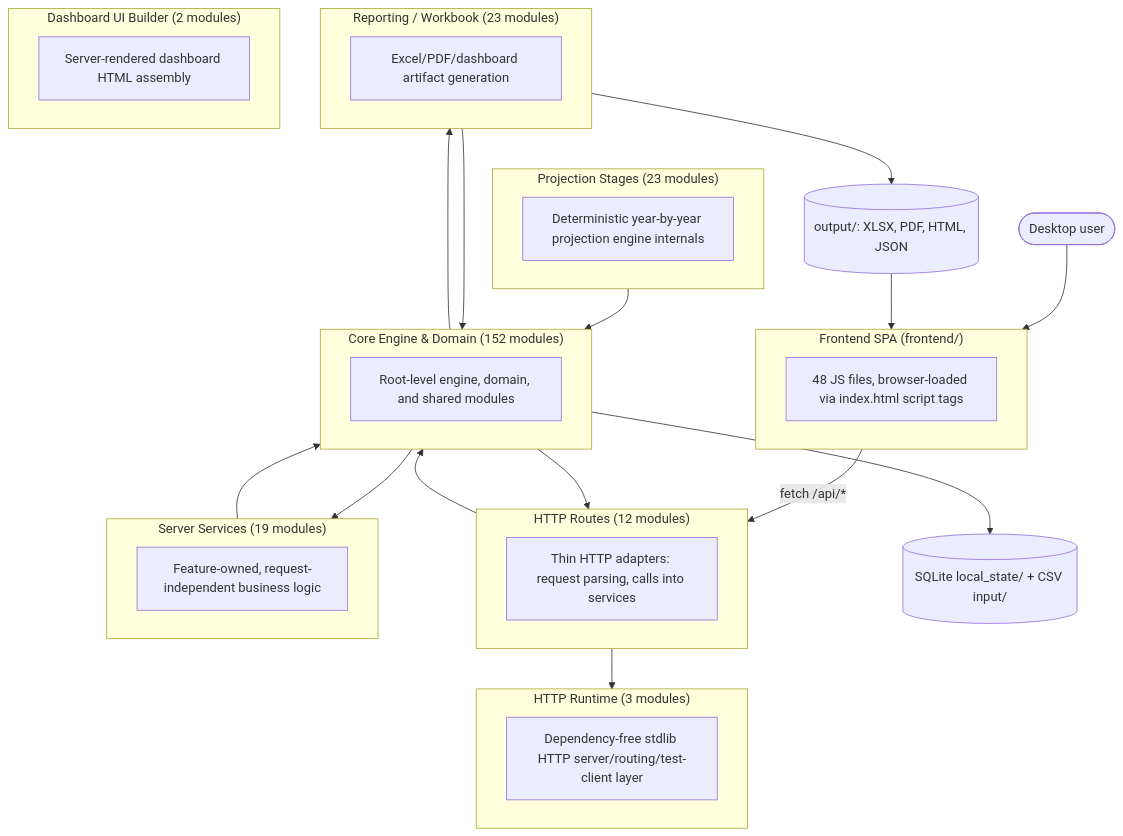
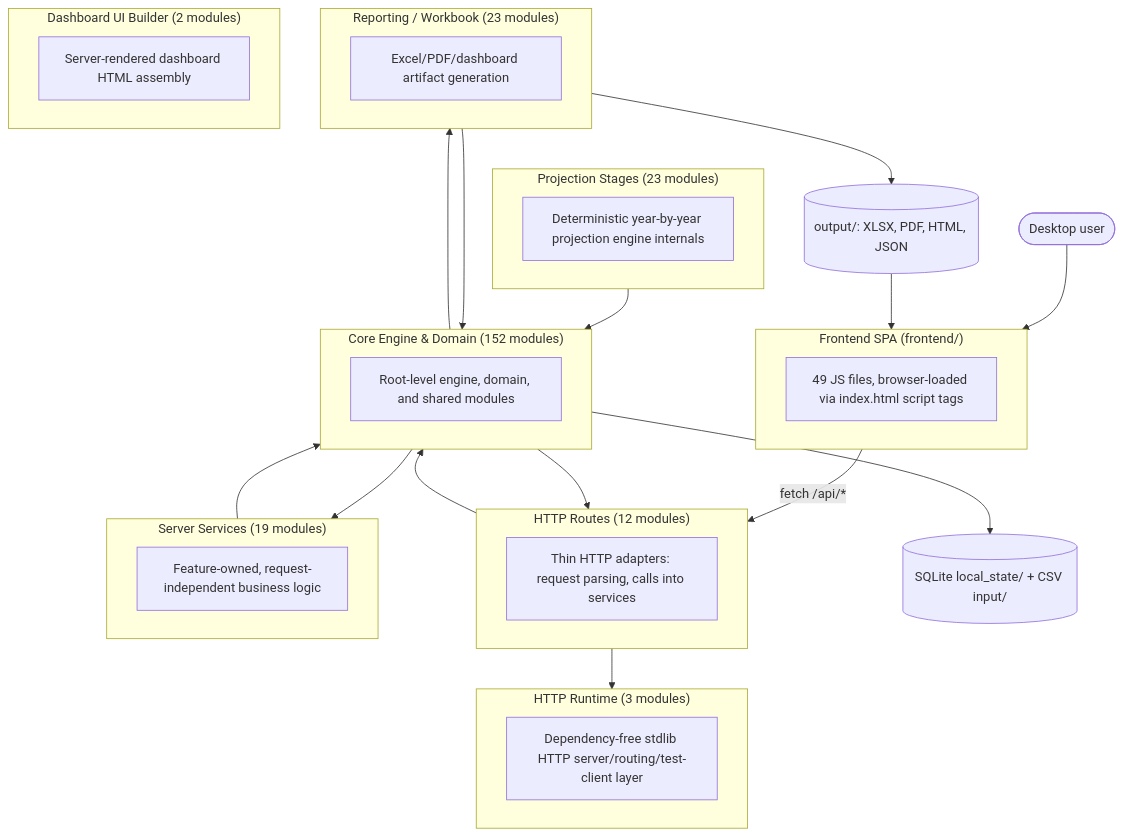
The first of 2 diagrams in documentation/reference/SYSTEM_ARCHITECTURE_DIAGRAM.md (matthartzman/retirement_system), drawn with Mermaid before and after one commit. The commit also changed other lines of this file and 22 other files, not shown here.

````diff
--- a/documentation/reference/SYSTEM_ARCHITECTURE_DIAGRAM.md
+++ b/documentation/reference/SYSTEM_ARCHITECTURE_DIAGRAM.md
@@ -11,40 +11,40 @@
 ```mermaid
 flowchart TB
     User(["Desktop user"]) --> FE
     subgraph FE["Frontend SPA (frontend/)"]
-        FEcount["48 JS files, browser-loaded via index.html script tags"]
+        FEcount["49 JS files, browser-loaded via index.html script tags"]
     end
     FE -->|fetch /api/*| L_HTTP_Routes
     subgraph L_HTTP_Routes["HTTP Routes (12 modules)"]
         L_HTTP_Routes_d["Thin HTTP adapters: request parsing, calls into services"]
     end
     subgraph L_Server_Services["Server Services (19 modules)"]
         L_Server_Services_d["Feature-owned, request-independent business logic"]
     end
     subgraph L_HTTP_Runtime["HTTP Runtime (3 modules)"]
         L_HTTP_Runtime_d["Dependency-free stdlib HTTP server/routing/test-client layer"]
     end
     subgraph L_Core_Engine___Domain["Core Engine & Domain (152 modules)"]
         L_Core_Engine___Domain_d["Root-level engine, domain, and shared modules"]
     end
     subgraph L_Projection_Stages["Projection Stages (23 modules)"]
         L_Projection_Stages_d["Deterministic year-by-year projection engine internals"]
     end
     subgraph L_Reporting___Workbook["Reporting / Workbook (23 modules)"]
         L_Reporting___Workbook_d["Excel/PDF/dashboard artifact generation"]
     end
     subgraph L_Dashboard_UI_Builder["Dashboard UI Builder (2 modules)"]
         L_Dashboard_UI_Builder_d["Server-rendered dashboard HTML assembly"]
     end
     L_Core_Engine___Domain --> L_HTTP_Routes
     L_Core_Engine___Domain --> L_Reporting___Workbook
     L_Core_Engine___Domain --> L_Server_Services
     L_HTTP_Routes --> L_Core_Engine___Domain
     L_HTTP_Routes --> L_HTTP_Runtime
     L_Projection_Stages --> L_Core_Engine___Domain
     L_Reporting___Workbook --> L_Core_Engine___Domain
     L_Server_Services --> L_Core_Engine___Domain
     L_Core_Engine___Domain --> DB[("SQLite local_state/ + CSV input/")]
     L_Reporting___Workbook --> Outputs[("output/: XLSX, PDF, HTML, JSON")]
     Outputs --> FE
 ```
````
